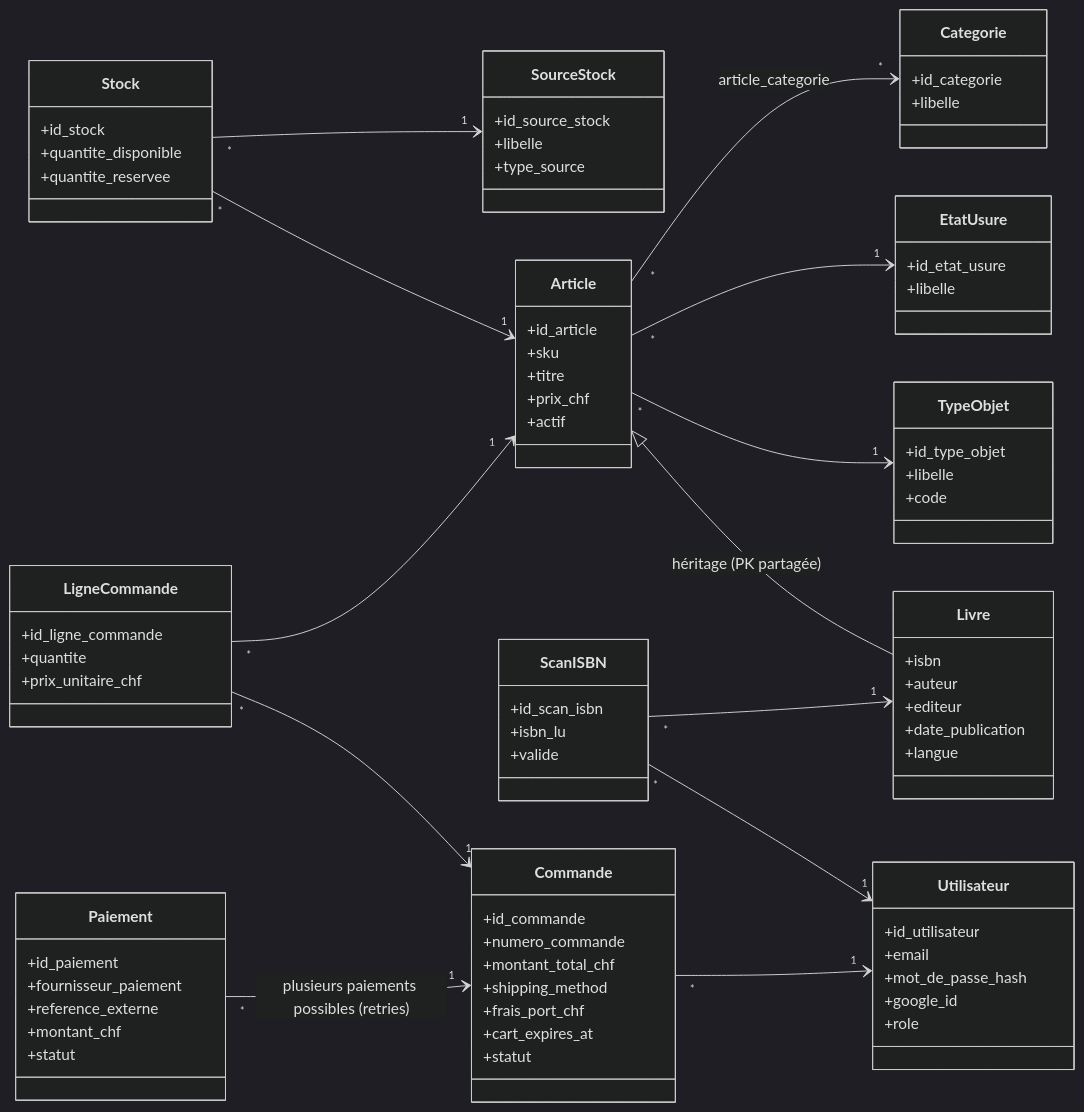
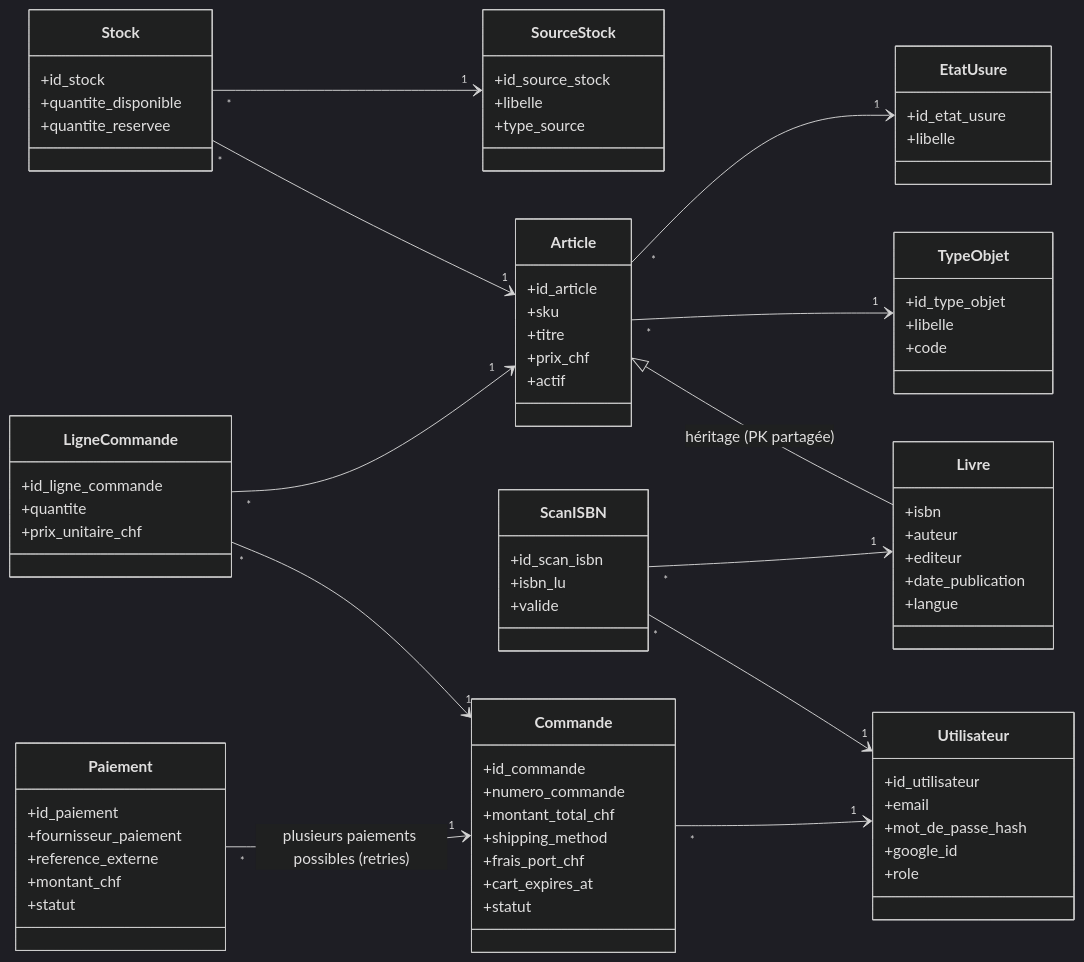
One commit to Visualstudiocodetest/caribooks changed the diagram in diagrams/classes.mmd. Above: the diagram before and after it, drawn with Mermaid (dark theme). The commit also changed 78 other files, not shown here.

```diff
--- a/diagrams/classes.mmd
+++ b/diagrams/classes.mmd
@@ -1,87 +1,82 @@
 %% Diagramme de classes — Modèle objet CARIBOOKS
 classDiagram
     direction LR
 
     class TypeObjet {
         +id_type_objet
         +libelle
         +code
     }
     class EtatUsure {
         +id_etat_usure
-        +libelle
-    }
-    class Categorie {
-        +id_categorie
         +libelle
     }
     class SourceStock {
         +id_source_stock
         +libelle
         +type_source
     }
     class Article {
         +id_article
         +sku
         +titre
         +prix_chf
         +actif
     }
     class Livre {
         +isbn
         +auteur
         +editeur
         +date_publication
         +langue
     }
     class Stock {
         +id_stock
         +quantite_disponible
         +quantite_reservee
     }
     class ScanISBN {
         +id_scan_isbn
         +isbn_lu
         +valide
     }
     class Utilisateur {
         +id_utilisateur
         +email
         +mot_de_passe_hash
         +google_id
         +role
     }
     class Commande {
         +id_commande
         +numero_commande
         +montant_total_chf
         +shipping_method
         +frais_port_chf
         +cart_expires_at
         +statut
     }
     class LigneCommande {
         +id_ligne_commande
         +quantite
         +prix_unitaire_chf
     }
     class Paiement {
         +id_paiement
         +fournisseur_paiement
         +reference_externe
         +montant_chf
         +statut
     }
 
     Article <|-- Livre : héritage (PK partagée)
     Article "*" --> "1" TypeObjet
     Article "*" --> "1" EtatUsure
-    Article "*" --> "*" Categorie : article_categorie
     Stock "*" --> "1" Article
     Stock "*" --> "1" SourceStock
     Commande "*" --> "1" Utilisateur
     LigneCommande "*" --> "1" Commande
     LigneCommande "*" --> "1" Article
     Paiement "*" --> "1" Commande : plusieurs paiements possibles (retries)
     ScanISBN "*" --> "1" Utilisateur
     ScanISBN "*" --> "1" Livre
```
